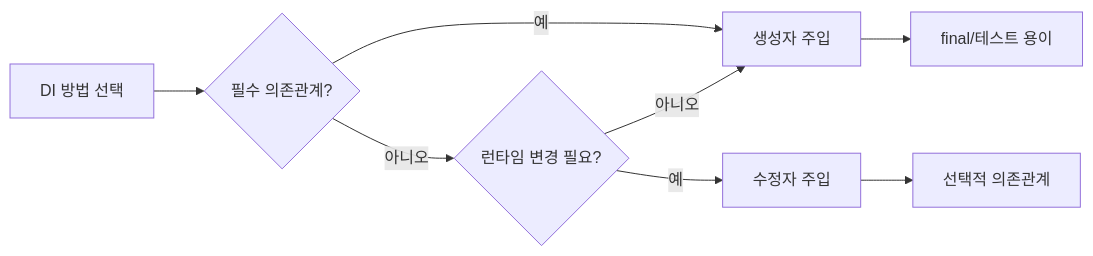
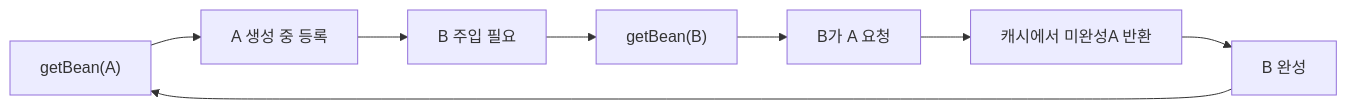
The fifth of 8 diagrams in _posts/spring/2026-05-02-spring-core-basic.md (yjkim2015/yjkim2015.github.io), drawn with Mermaid before and after one commit. The commit also changed other lines of this file and 4 other files, not shown here.

````diff
--- a/_posts/spring/2026-05-02-spring-core-basic.md
+++ b/_posts/spring/2026-05-02-spring-core-basic.md
@@ -304,10 +449,10 @@
 ```mermaid
 graph LR
-    A["DI 방법 선택"] --> B{"필수 의존관계?"}
-    B -->|"예"| C["생성자 주입"]
-    B -->|"아니오"| D{"런타임 변경 필요?"}
-    D -->|"예"| E["수정자 주입"]
-    D -->|"아니오"| C
-    C --> G["final/테스트 용이"]
-    E --> H["선택적 의존관계"]
+    A["getBean(A)"] --> B["A 생성 중 등록"]
+    B --> C["B 주입 필요"]
+    C --> D["getBean(B)"]
+    D --> E["B가 A 요청"]
+    E --> F["캐시에서 미완성A 반환"]
+    F --> G["B 완성"]
+    G --> A
 ```
````
